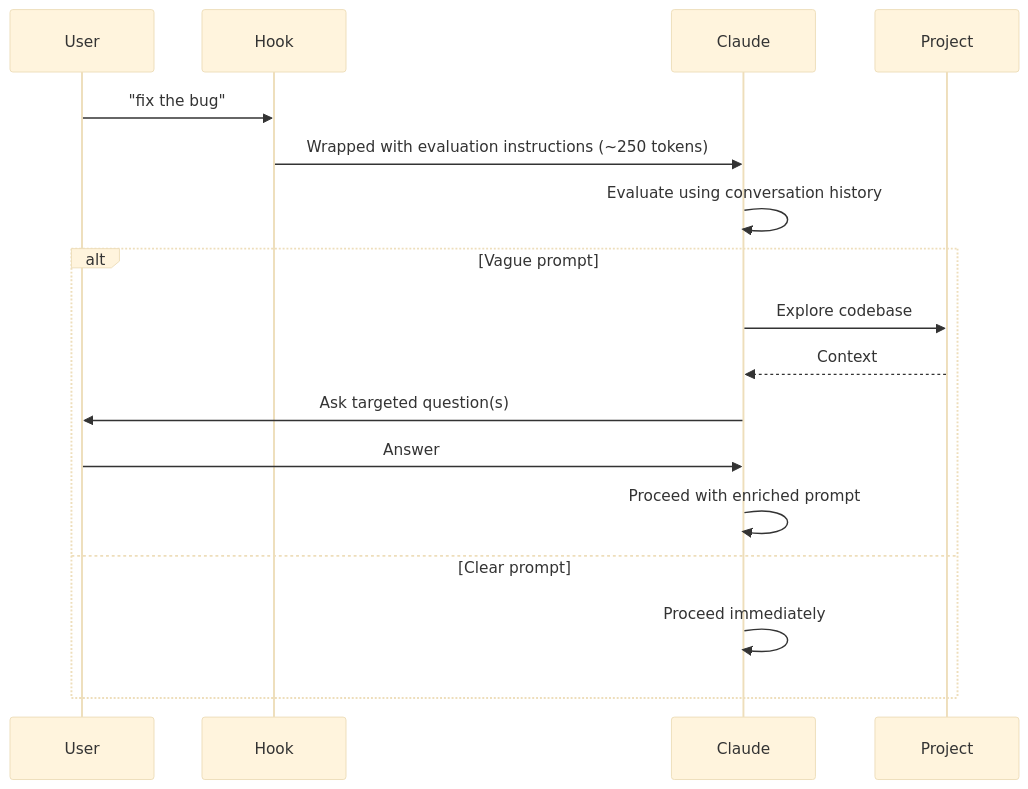
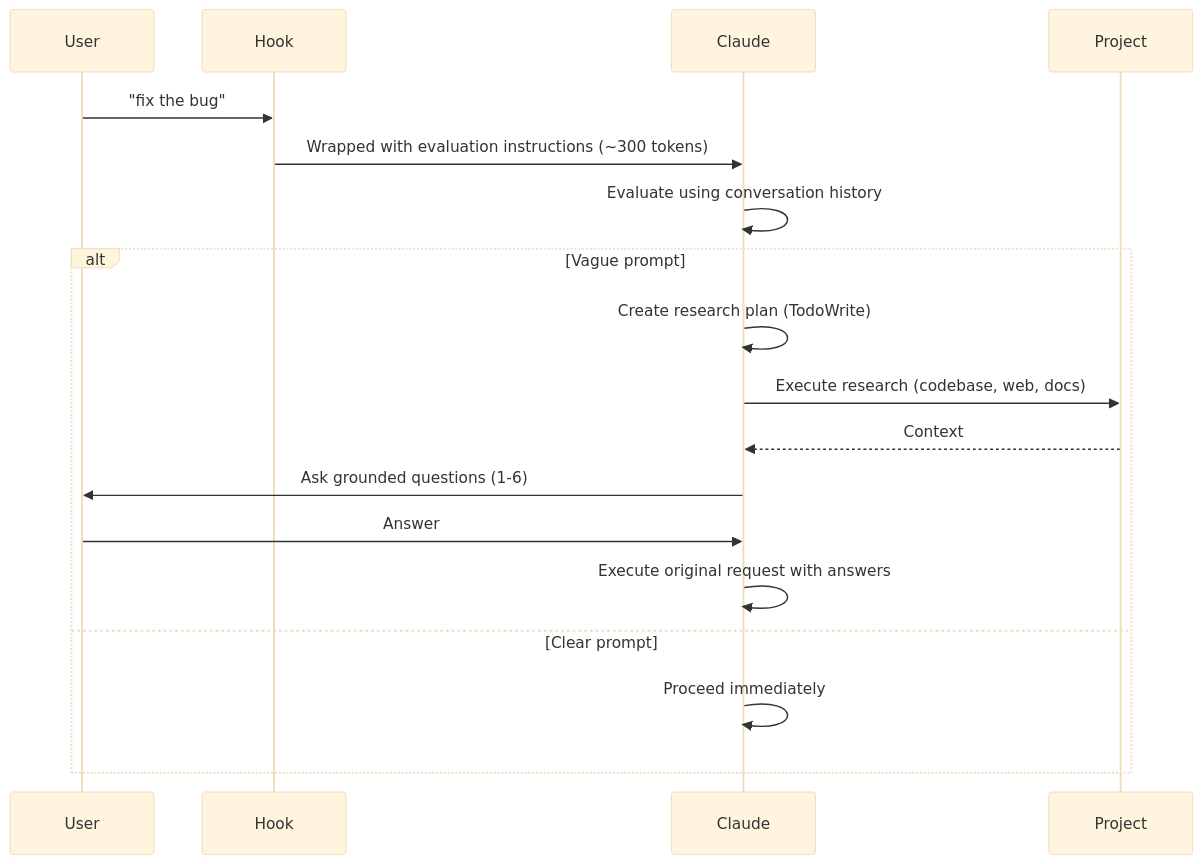
The diagram in README.md (severity1/claude-code-prompt-improver), drawn with Mermaid (base theme) before and after one commit. The commit also changed other lines of this file and 1 other file, not shown here.

First line of the commit message:
Enhance evaluation wrapper with dynamic research planning

````diff
--- a/README.md
+++ b/README.md
@@ -18,20 +18,21 @@
 ```mermaid
 sequenceDiagram
     participant User
     participant Hook
     participant Claude
     participant Project
 
     User->>Hook: "fix the bug"
-    Hook->>Claude: Wrapped with evaluation instructions (~250 tokens)
+    Hook->>Claude: Wrapped with evaluation instructions (~300 tokens)
     Claude->>Claude: Evaluate using conversation history
     alt Vague prompt
-        Claude->>Project: Explore codebase
+        Claude->>Claude: Create research plan (TodoWrite)
+        Claude->>Project: Execute research (codebase, web, docs)
         Project-->>Claude: Context
-        Claude->>User: Ask targeted question(s)
+        Claude->>User: Ask grounded questions (1-6)
         User->>Claude: Answer
-        Claude->>Claude: Proceed with enriched prompt
+        Claude->>Claude: Execute original request with answers
     else Clear prompt
         Claude->>Claude: Proceed immediately
     end
 ```
````
